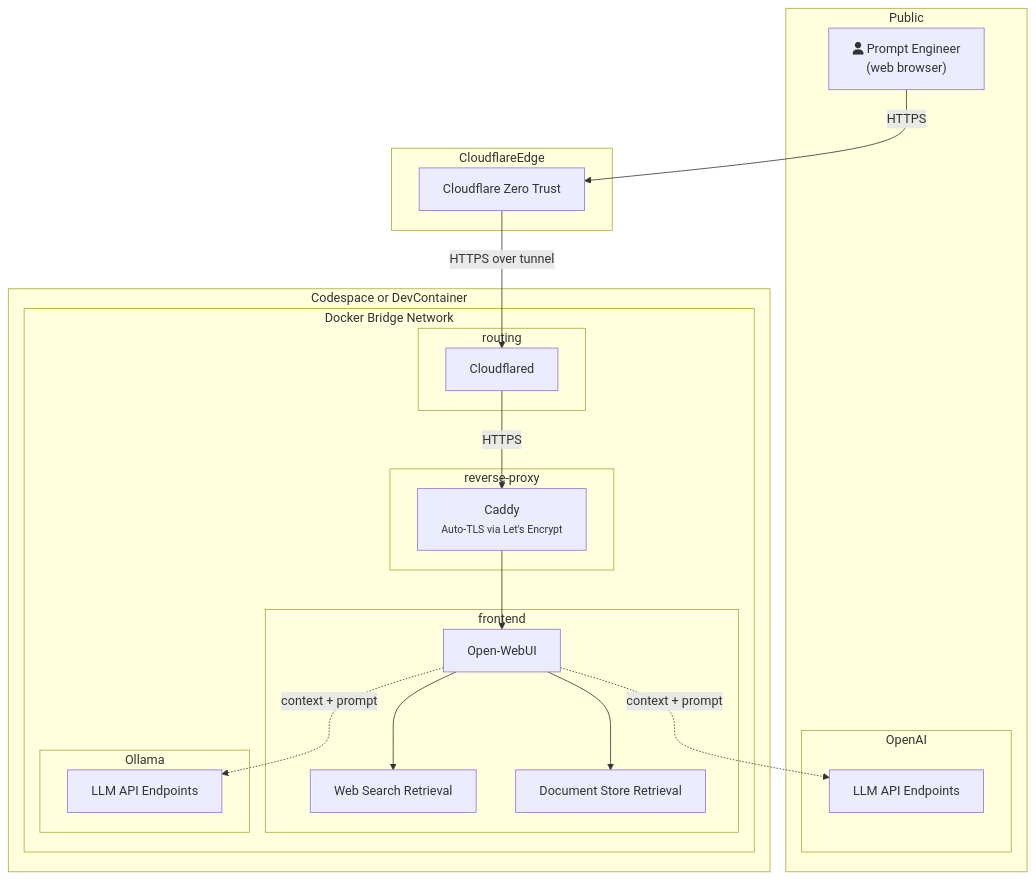
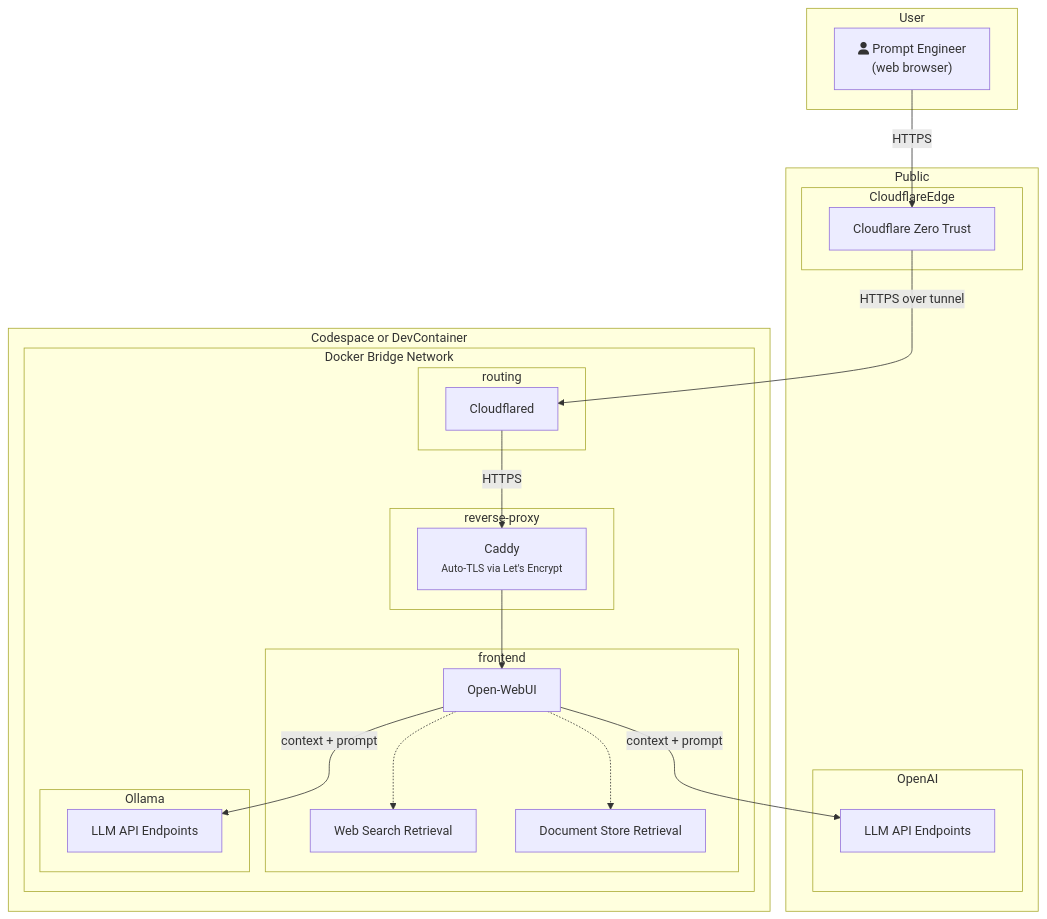
The diagram in docs/software-engineering/dev-environment/secure-dev-env/index.md (piky/blog), drawn with Mermaid before and after one commit. The commit also changed other lines of this file, not shown here.

Commit message:
Update diagram

````diff
--- a/docs/software-engineering/dev-environment/secure-dev-env/index.md
+++ b/docs/software-engineering/dev-environment/secure-dev-env/index.md
@@ -12,52 +12,57 @@
 ```mermaid
 flowchart TD
     %% External actors
     subgraph Public
-        user["fa:fa-user Prompt Engineer\n(web browser)"]
-            subgraph OpenAI
-                openai["LLM API Endpoints"]
-            end
+
+        %% Cloudflare side
+        subgraph CloudflareEdge
+            cf["Cloudflare Zero Trust"]
+        end
+
+        subgraph OpenAI
+            openai["LLM API Endpoints"]
+        end
     end
 
-    %% Cloudflare side
-    subgraph CloudflareEdge
-        cf["Cloudflare Zero Trust"]
+    %% End-users
+    subgraph User
+        user["fa:fa-user Prompt Engineer\n(web browser)"]
     end
 
     %% Corporate network behind firewall
     subgraph Codespace or DevContainer
 
         subgraph Docker Bridge Network
 
             subgraph routing
                 firewall["Cloudflared"]
             end
 
             subgraph reverse-proxy
                 caddy["Caddy \n<small> Auto-TLS via Let's Encrypt</small>"]
             end
 
             subgraph frontend
                 fe_app["Open-WebUI"]
                 rag_web["Web Search Retrieval"]
                 rag_doc["Document Store Retrieval"]
             end
-            
+
             subgraph Ollama
                 ollama["LLM API Endpoints"]
             end
         end
     end
 
     %% Flow
     user  -->|HTTPS| cf
     cf    -->|HTTPS over tunnel| firewall
     firewall -->|HTTPS| caddy
     caddy --> fe_app
 
-    fe_app --> rag_web
-    fe_app --> rag_doc
-    fe_app -.->|context + prompt| ollama
+    fe_app -.-> rag_web
+    fe_app -.-> rag_doc
+    fe_app -->|context + prompt| ollama
 
-    fe_app -.->|context + prompt| openai
+    fe_app -->|context + prompt| openai
 ```
````
